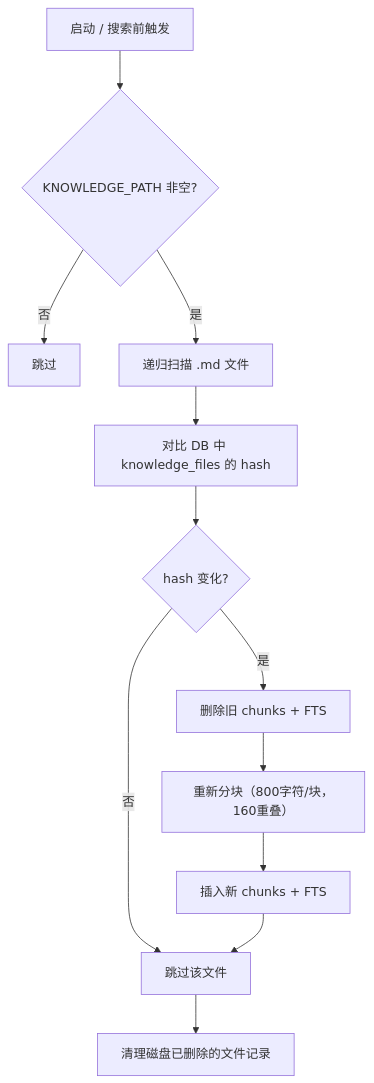
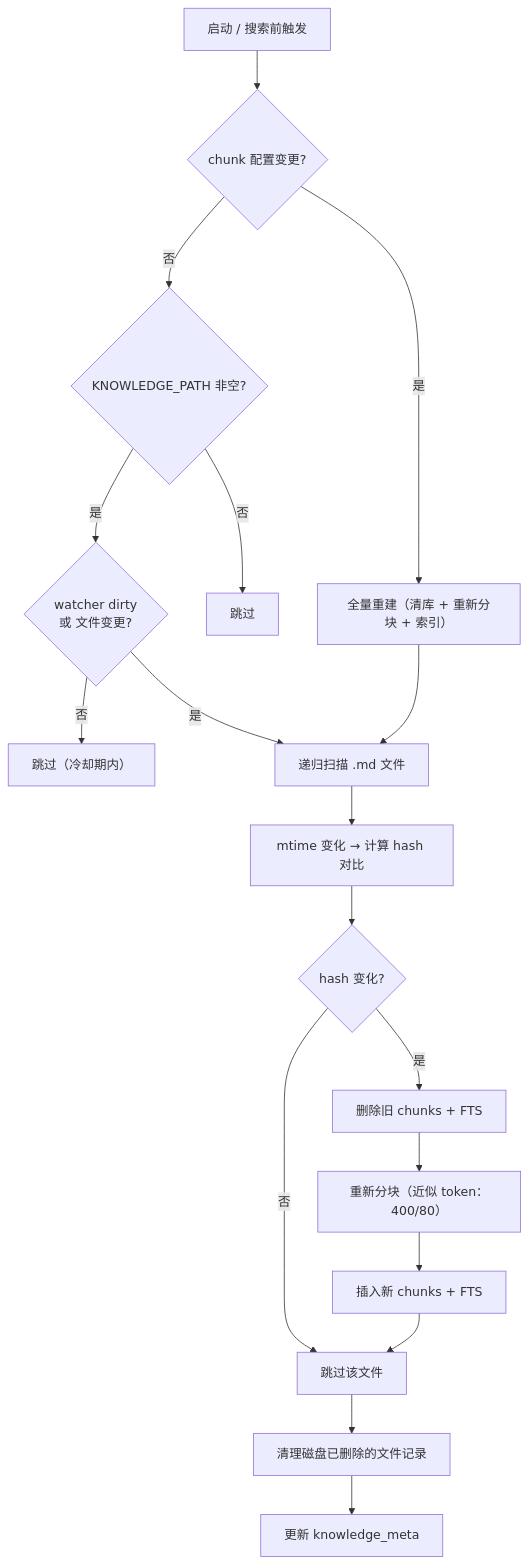
Before and after one commit to lchaoer/claudecode-oepnclaw-mem: the sixth of 10 diagrams in ARCHITECTURE.md, drawn with Mermaid. The commit also changed other lines of this file and 4 other files, not shown here.

````diff
--- a/ARCHITECTURE.md
+++ b/ARCHITECTURE.md
@@ -186,14 +209,24 @@
 ```mermaid
 flowchart TD
-    START["启动 / 搜索前触发"] --> CHECK{KNOWLEDGE_PATH 非空?}
+    START["启动 / 搜索前触发"] --> META{chunk 配置变更?}
+    META -->|是| FULL["全量重建（清库 + 重新分块 + 索引）"]
+    META -->|否| CHECK{KNOWLEDGE_PATH 非空?}
+
     CHECK -->|否| SKIP["跳过"]
-    CHECK -->|是| SCAN["递归扫描 .md 文件"]
-    SCAN --> COMPARE["对比 DB 中 knowledge_files 的 hash"]
+    CHECK -->|是| DIRTY{watcher dirty<br/>或 文件变更?}
+
+    DIRTY -->|否| SKIP2["跳过（冷却期内）"]
+    DIRTY -->|是| SCAN["递归扫描 .md 文件"]
+
+    SCAN --> COMPARE["mtime 变化 → 计算 hash 对比"]
     COMPARE --> CHANGED{hash 变化?}
     CHANGED -->|否| NEXT["跳过该文件"]
     CHANGED -->|是| DELETE["删除旧 chunks + FTS"]
-    DELETE --> CHUNK["重新分块（800字符/块，160重叠）"]
+    DELETE --> CHUNK["重新分块（近似 token：400/80）"]
     CHUNK --> INSERT["插入新 chunks + FTS"]
     INSERT --> NEXT
     NEXT --> CLEAN["清理磁盘已删除的文件记录"]
+    CLEAN --> SAVEMETA["更新 knowledge_meta"]
+
+    FULL --> SCAN
 ```
````
